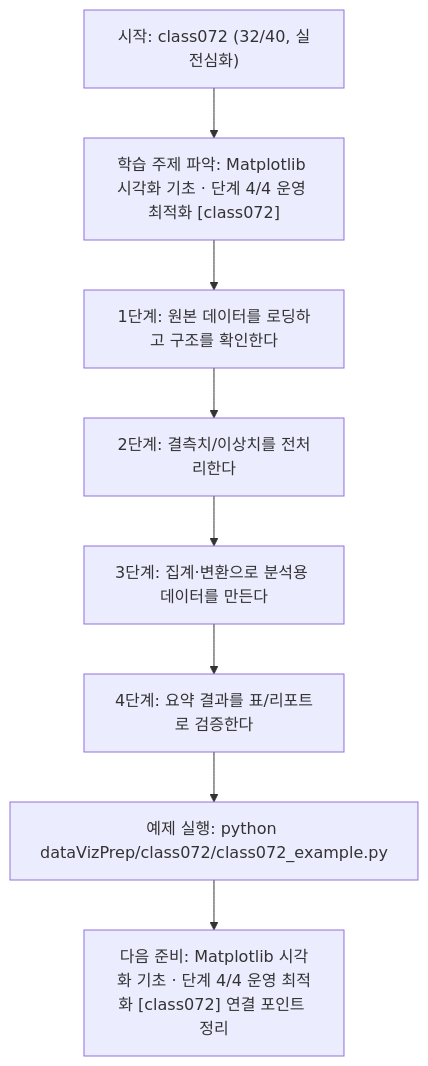
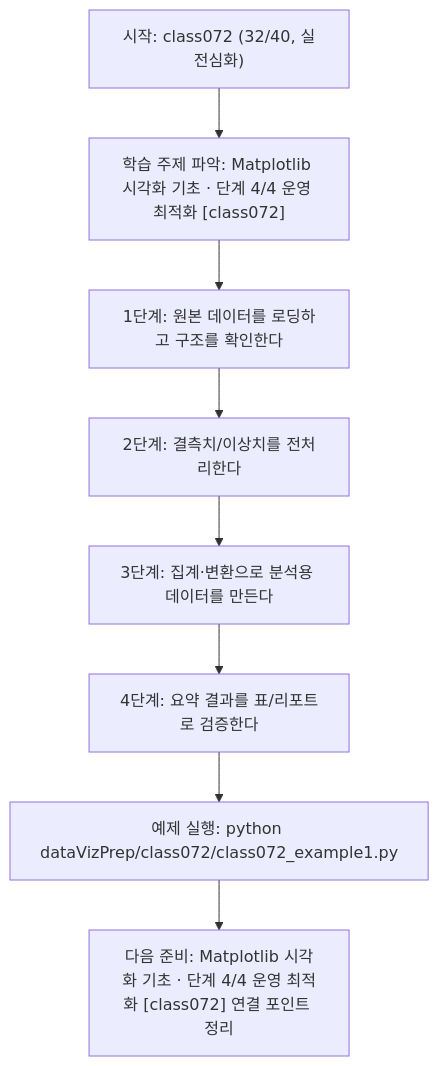
The diagram in dataVizPrep/class072/class072.md (edumgt/Python-AI_Agent-Class), drawn with Mermaid before and after one commit. The commit also changed other lines of this file and 2959 other files, not shown here.

````diff
--- a/dataVizPrep/class072/class072.md
+++ b/dataVizPrep/class072/class072.md
@@ -111,18 +111,18 @@
 ```mermaid
 flowchart TD
 N1["시작: class072 (32/40, 실전심화)"]
 N2["학습 주제 파악: Matplotlib 시각화 기초 · 단계 4/4 운영 최적화 [class072]"]
 N3["1단계: 원본 데이터를 로딩하고 구조를 확인한다"]
 N4["2단계: 결측치/이상치를 전처리한다"]
 N5["3단계: 집계·변환으로 분석용 데이터를 만든다"]
 N6["4단계: 요약 결과를 표/리포트로 검증한다"]
-N7["예제 실행: python dataVizPrep/class072/class072_example.py"]
+N7["예제 실행: python dataVizPrep/class072/class072_example1.py"]
 N8["다음 준비: Matplotlib 시각화 기초 · 단계 4/4 운영 최적화 [class072] 연결 포인트 정리"]
 N1 --> N2
 N2 --> N3
 N3 --> N4
 N4 --> N5
 N5 --> N6
 N6 --> N7
 N7 --> N8
 ```
````
